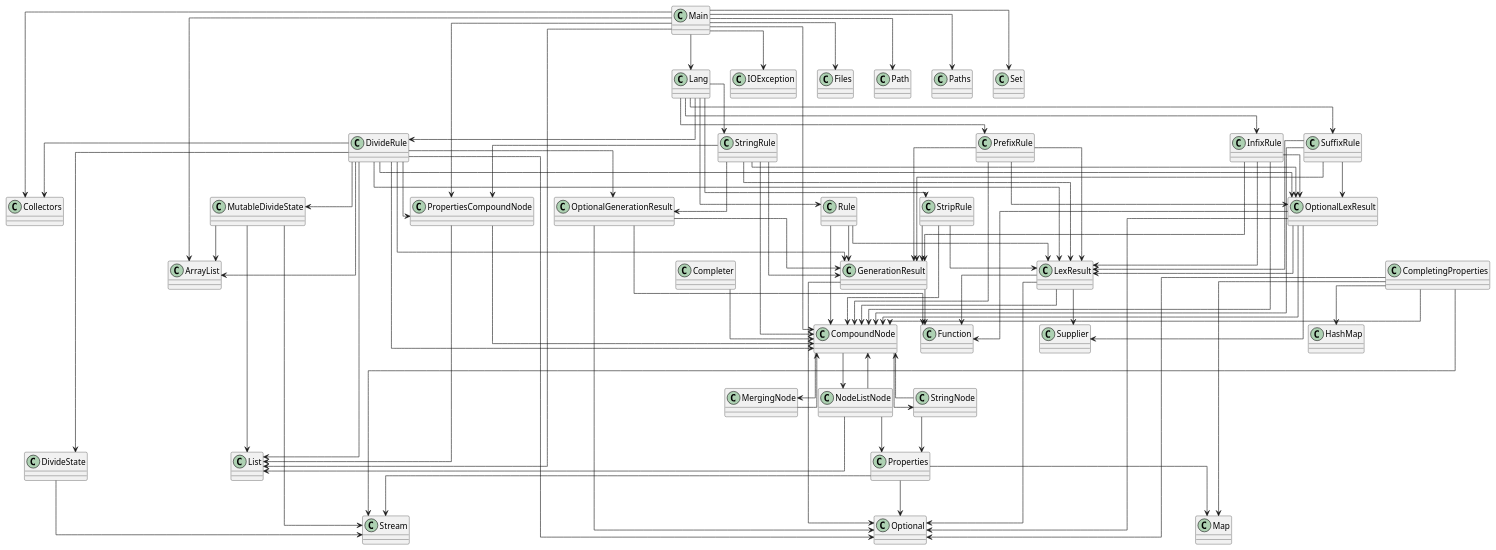
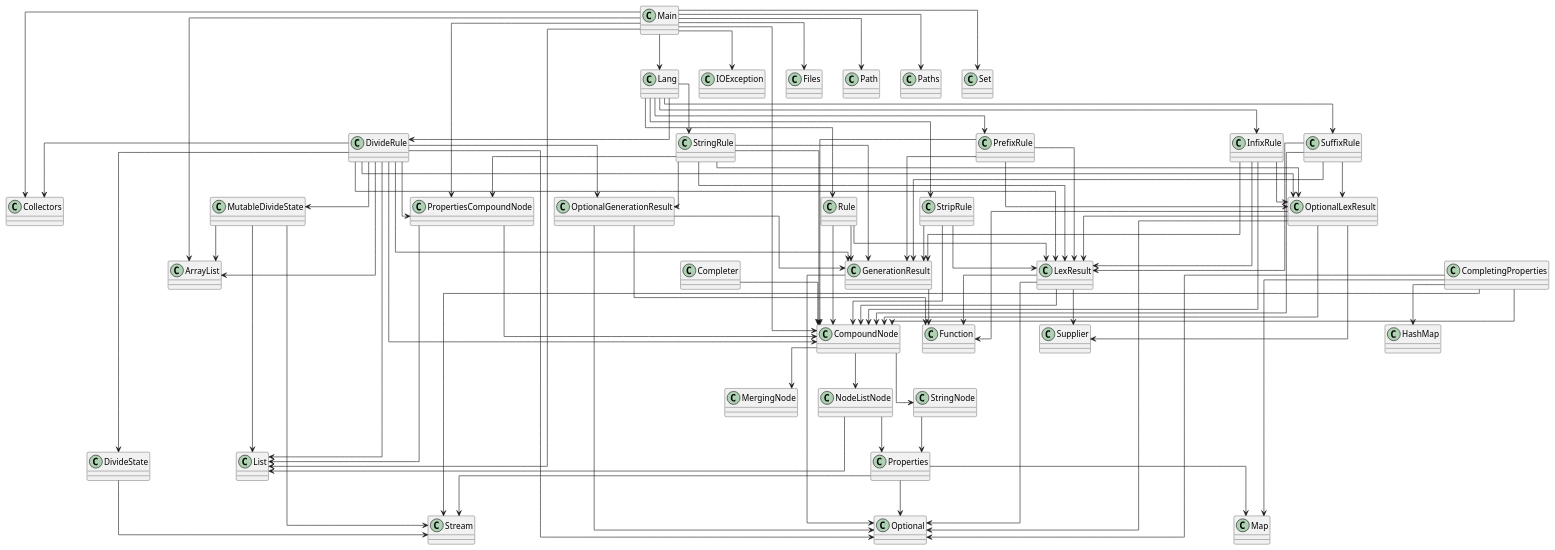
One commit to SirMathhman/Magma changed the diagram in diagram.puml. Above: the diagram before and after it, drawn with PlantUML. The commit also changed 5 other files, not shown here.

```diff
--- a/diagram.puml
+++ b/diagram.puml
@@ -1,118 +1,115 @@
 @startuml
 skinparam linetype ortho
 class OptionalGenerationResult
 OptionalGenerationResult --> GenerationResult
 OptionalGenerationResult --> Optional
 OptionalGenerationResult --> Function
 class StringNode
-StringNode --> CompoundNode
 StringNode --> Properties
 class Rule
 Rule --> CompoundNode
 Rule --> GenerationResult
 Rule --> LexResult
 class Completer
 Completer --> CompoundNode
 class Lang
 Lang --> DivideRule
 Lang --> InfixRule
 Lang --> PrefixRule
 Lang --> Rule
 Lang --> StringRule
 Lang --> StripRule
 Lang --> SuffixRule
 class LexResult
 LexResult --> CompoundNode
 LexResult --> Optional
 LexResult --> Function
 LexResult --> Supplier
 class MutableDivideState
 MutableDivideState --> ArrayList
 MutableDivideState --> List
 MutableDivideState --> Stream
 class InfixRule
 InfixRule --> CompoundNode
 InfixRule --> GenerationResult
 InfixRule --> LexResult
 InfixRule --> OptionalLexResult
 class DivideRule
+DivideRule --> CompoundNode
 DivideRule --> PropertiesCompoundNode
-DivideRule --> CompoundNode
 DivideRule --> DivideState
 DivideRule --> MutableDivideState
 DivideRule --> GenerationResult
+DivideRule --> LexResult
 DivideRule --> OptionalGenerationResult
-DivideRule --> LexResult
 DivideRule --> OptionalLexResult
 DivideRule --> ArrayList
 DivideRule --> List
 DivideRule --> Optional
 DivideRule --> Collectors
 class PrefixRule
 PrefixRule --> CompoundNode
 PrefixRule --> GenerationResult
 PrefixRule --> LexResult
 PrefixRule --> OptionalLexResult
 class StringRule
 StringRule --> PropertiesCompoundNode
 StringRule --> CompoundNode
 StringRule --> GenerationResult
 StringRule --> OptionalGenerationResult
 StringRule --> LexResult
 StringRule --> OptionalLexResult
 class SuffixRule
 SuffixRule --> CompoundNode
 SuffixRule --> GenerationResult
 SuffixRule --> LexResult
 SuffixRule --> OptionalLexResult
 class MergingNode
-MergingNode --> CompoundNode
 class GenerationResult
 GenerationResult --> Optional
 GenerationResult --> Function
 class PropertiesCompoundNode
 PropertiesCompoundNode --> CompoundNode
 PropertiesCompoundNode --> List
 class StripRule
 StripRule --> CompoundNode
 StripRule --> GenerationResult
 StripRule --> LexResult
 class Main
 Main --> Lang
 Main --> PropertiesCompoundNode
 Main --> CompoundNode
 Main --> IOException
 Main --> Files
 Main --> Path
 Main --> Paths
 Main --> ArrayList
 Main --> List
 Main --> Set
 Main --> Collectors
 class CompoundNode
 CompoundNode --> MergingNode
 CompoundNode --> NodeListNode
 CompoundNode --> StringNode
 class CompletingProperties
 CompletingProperties --> CompoundNode
 CompletingProperties --> HashMap
 CompletingProperties --> Map
 CompletingProperties --> Optional
 CompletingProperties --> Stream
 class DivideState
 DivideState --> Stream
 class NodeListNode
-NodeListNode --> CompoundNode
 NodeListNode --> Properties
 NodeListNode --> List
 class Properties
 Properties --> Map
 Properties --> Optional
 Properties --> Stream
 class OptionalLexResult
 OptionalLexResult --> CompoundNode
 OptionalLexResult --> LexResult
 OptionalLexResult --> Optional
 OptionalLexResult --> Function
 OptionalLexResult --> Supplier
 @enduml
```
